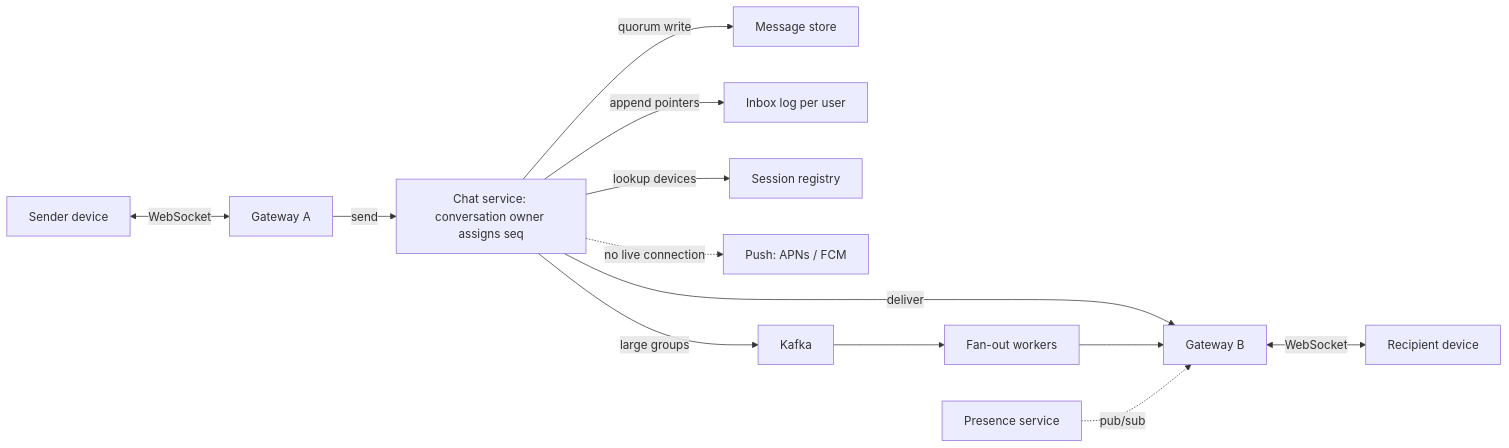
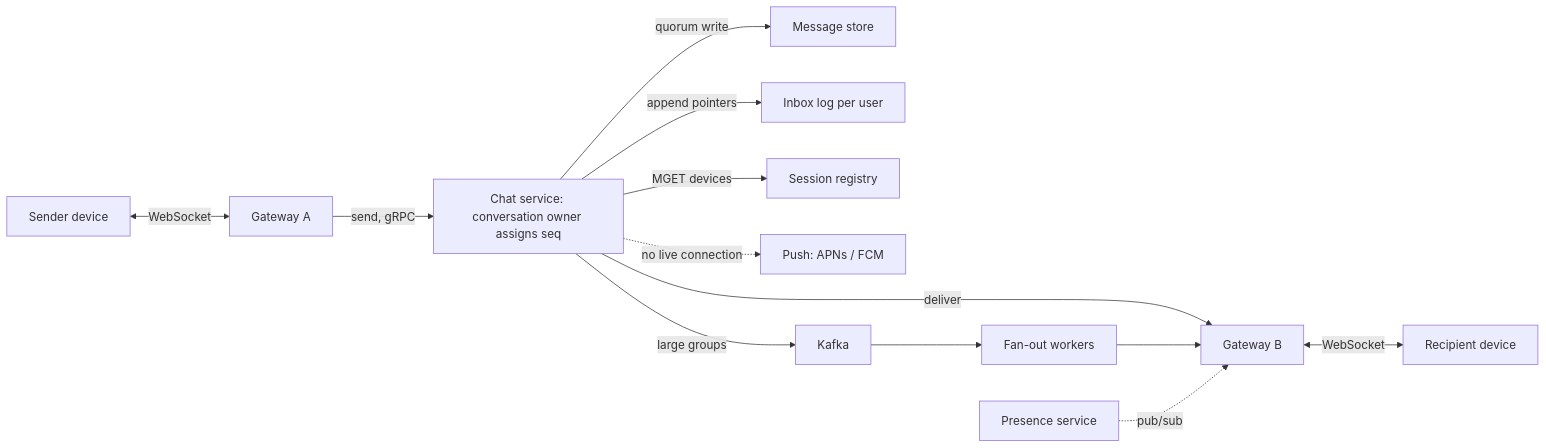
Before and after one commit to thull32/ascend: the diagram in content/tracks/09-system-design/03-case-studies/05-chat-system.md, drawn with Mermaid. The commit also changed other lines of this file and 8 other files, not shown here.

````diff
--- a/content/tracks/09-system-design/03-case-studies/05-chat-system.md
+++ b/content/tracks/09-system-design/03-case-studies/05-chat-system.md
@@ -111,15 +113,15 @@
 ```mermaid
 flowchart LR
   D1["Sender device"] <-->|"WebSocket"| GA["Gateway A"]
-  GA -->|"send"| CS["Chat service: conversation owner assigns seq"]
+  GA -->|"send, gRPC"| CS["Chat service: conversation owner assigns seq"]
   CS -->|"quorum write"| MS["Message store"]
   CS -->|"append pointers"| IB["Inbox log per user"]
-  CS -->|"lookup devices"| SR["Session registry"]
+  CS -->|"MGET devices"| SR["Session registry"]
   CS -->|"deliver"| GB["Gateway B"]
   GB <-->|"WebSocket"| D2["Recipient device"]
   CS -.->|"no live connection"| PN["Push: APNs / FCM"]
   CS -->|"large groups"| K["Kafka"]
   K --> FW["Fan-out workers"]
   FW --> GB
   PR["Presence service"] -.->|"pub/sub"| GB
 ```
````
